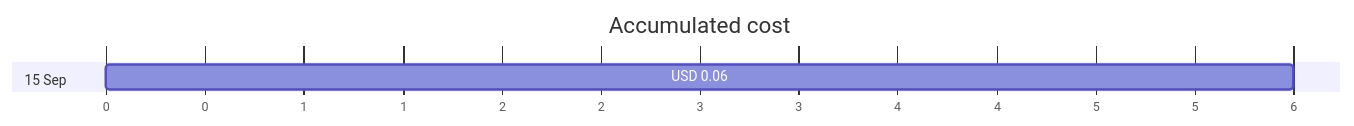
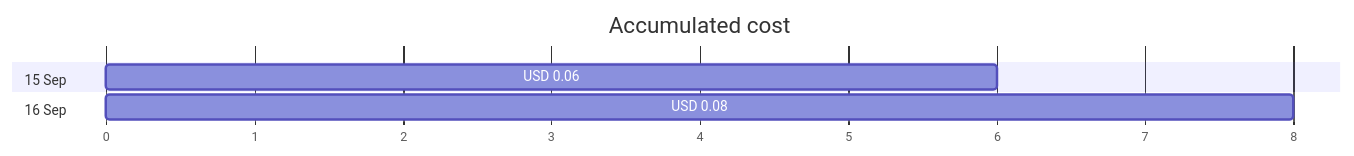
Before and after one commit to jpfulton/azure-personal-reports: the first of 4 diagrams in cost-reports/personal-network/vpn-server_OsDisk.md, drawn with Mermaid. The commit also changed other lines of this file and 16 other files, not shown here.

````diff
--- a/cost-reports/personal-network/vpn-server_OsDisk.md
+++ b/cost-reports/personal-network/vpn-server_OsDisk.md
@@ -20,8 +20,10 @@
 ```mermaid
 gantt
    title Accumulated cost
    dateFormat  X
    axisFormat %s
    section 15 Sep
    USD 0.06 :0, 6
+   section 16 Sep
+   USD 0.08 :0, 8
 ```
````
